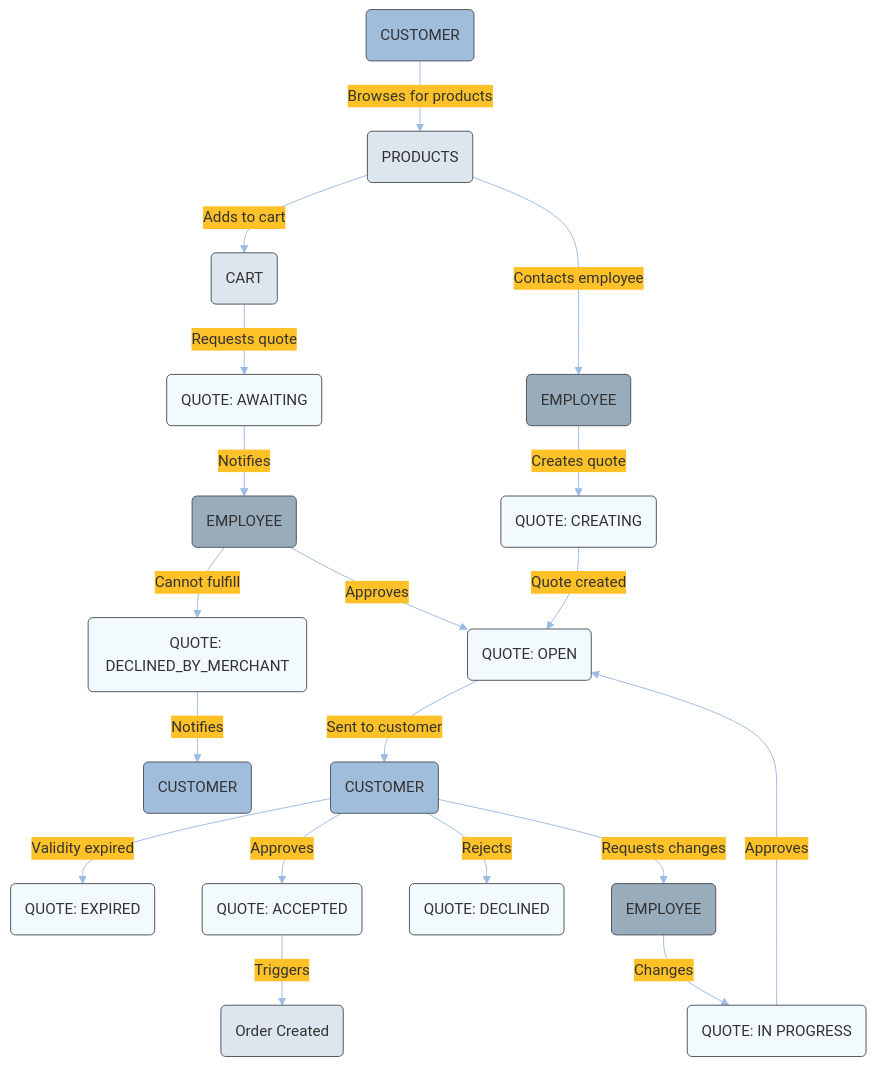
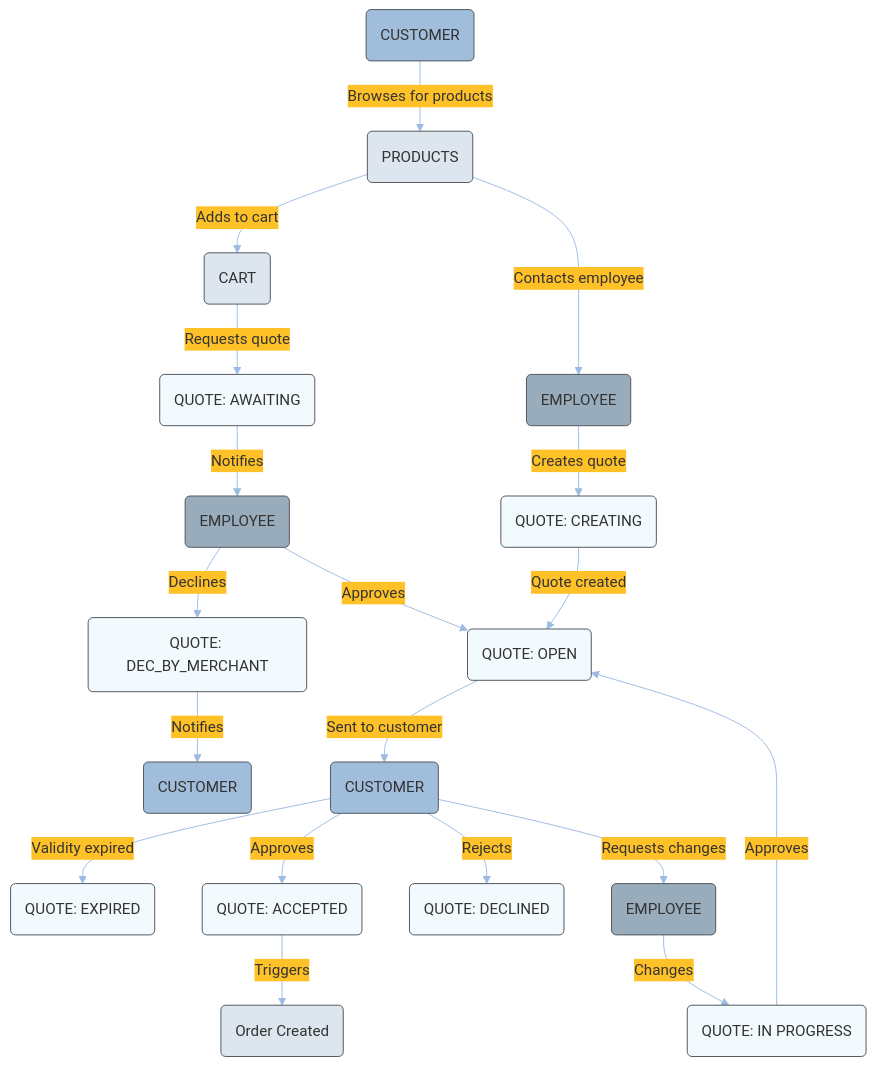
One commit to emporix/api-references changed the diagram in quotes/quote/quote.md. Above: the diagram before and after it, drawn with Mermaid. The commit also changed other lines of this file, not shown here.

````diff
--- a/quotes/quote/quote.md
+++ b/quotes/quote/quote.md
@@ -65,66 +65,66 @@
 ```mermaid
 ---
 config:
   layout: fixed
   theme: base
   look: classic
   themeVariables:
     background: transparent
     lineColor: "#9CBBE3"
     arrowheadColor: "#9CBBE3"
     edgeLabelBackground: "#FFC128" 
     edgeLabelTextColor: "#4C5359"
     actorBorder: '#4C5359'
 ---
 graph TD
     CUSTOMER1(CUSTOMER)
     PRODUCTS(PRODUCTS)
     
     CUSTOMER1 -->|Browses for products| PRODUCTS
     
     PRODUCTS -->|Adds to cart| CART(CART)    
     PRODUCTS -->|Contacts employee| EMPLOYEE1(EMPLOYEE)
     
     EMPLOYEE1 -->|Creates quote| CREATING(QUOTE: CREATING)
     CART -->|Requests quote| QUOTE_REQUEST(QUOTE: AWAITING)
     
     QUOTE_REQUEST -->|Notifies| EMPLOYEE2(EMPLOYEE)
     
     CREATING -->|Quote created| OPEN(QUOTE: OPEN)
     
     IN_PROGRESS -->|Approves| OPEN   
-    EMPLOYEE2 -->|Cannot fulfill| DECLINED_MERCHANT(QUOTE: DECLINED_BY_MERCHANT) 
+    EMPLOYEE2 -->|Declines| DECLINED_MERCHANT(QUOTE: DEC_BY_MERCHANT) 
     EMPLOYEE2 -->|Approves| OPEN
     
     DECLINED_MERCHANT -->|Notifies| CUSTOMER3(CUSTOMER)
 
     CUSTOMER2 -->|Validity expired| EXPIRED(QUOTE: EXPIRED)
     
     OPEN -->|Sent to customer| CUSTOMER2(CUSTOMER)
     
     CUSTOMER2 -->|Approves| ACCEPTED(QUOTE: ACCEPTED)
     CUSTOMER2 -->|Rejects| DECLINED(QUOTE: DECLINED)
     CUSTOMER2 -->|Requests changes| EMPLOYEE3(EMPLOYEE)
     EMPLOYEE3 -->|Changes| IN_PROGRESS(QUOTE: IN PROGRESS)
     
     ACCEPTED -->|Triggers| ORDER(Order Created)
     
     style CREATING fill:#F2FAFE, stroke:#4C5359
     style OPEN fill:#F2FAFE, stroke:#4C5359
     style IN_PROGRESS fill:#F2FAFE, stroke:#4C5359
     style ACCEPTED fill:#F2FAFE, stroke:#4C5359
     style DECLINED fill:#F2FAFE, stroke:#4C5359
     style DECLINED_MERCHANT fill:#F2FAFE, stroke:#4C5359
     style EXPIRED fill:#F2FAFE, stroke:#4C5359
 
     style CUSTOMER1 fill:#A1BDDC, stroke:#4C5359
     style CUSTOMER2 fill:#A1BDDC, stroke:#4C5359
     style CUSTOMER3 fill:#A1BDDC, stroke:#4C5359
     style EMPLOYEE1 fill:#99ACBC, stroke:#4C5359
     style EMPLOYEE2 fill:#99ACBC, stroke:#4C5359
     style EMPLOYEE3 fill:#99ACBC, stroke:#4C5359
     style CART fill:#DDE6EE, stroke:#4C5359
     style PRODUCTS fill:#DDE6EE, stroke:#4C5359
     style QUOTE_REQUEST fill:#F2FAFE, stroke:#4C5359
     style ORDER fill:#DDE6EE, stroke:#4C5359
 ```
````
